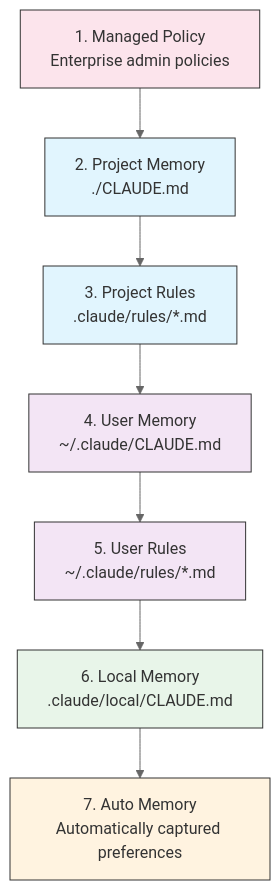
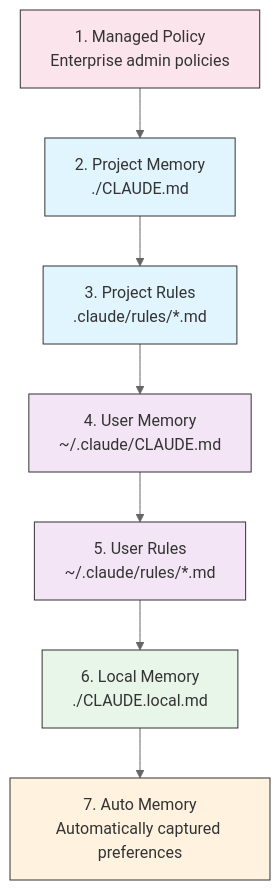
One commit to luongnv89/claude-howto changed the ninth of 31 diagrams in ja/claude_concepts_guide.md. Above: the diagram before and after it, drawn with Mermaid (neutral theme). The commit also changed other lines of this file and 256 other files, not shown here.

````diff
--- a/ja/claude_concepts_guide.md
+++ b/ja/claude_concepts_guide.md
@@ -572,17 +572,17 @@
 ```mermaid
 graph TD
     A["1. Managed Policy<br/>Enterprise admin policies"] --> B["2. Project Memory<br/>./CLAUDE.md"]
     B --> C["3. Project Rules<br/>.claude/rules/*.md"]
     C --> D["4. User Memory<br/>~/.claude/CLAUDE.md"]
     D --> E["5. User Rules<br/>~/.claude/rules/*.md"]
-    E --> F["6. Local Memory<br/>.claude/local/CLAUDE.md"]
+    E --> F["6. Local Memory<br/>./CLAUDE.local.md"]
     F --> G["7. Auto Memory<br/>Automatically captured preferences"]
 
     style A fill:#fce4ec,stroke:#333,color:#333
     style B fill:#e1f5fe,stroke:#333,color:#333
     style C fill:#e1f5fe,stroke:#333,color:#333
     style D fill:#f3e5f5,stroke:#333,color:#333
     style E fill:#f3e5f5,stroke:#333,color:#333
     style F fill:#e8f5e9,stroke:#333,color:#333
     style G fill:#fff3e0,stroke:#333,color:#333
 ```
````
